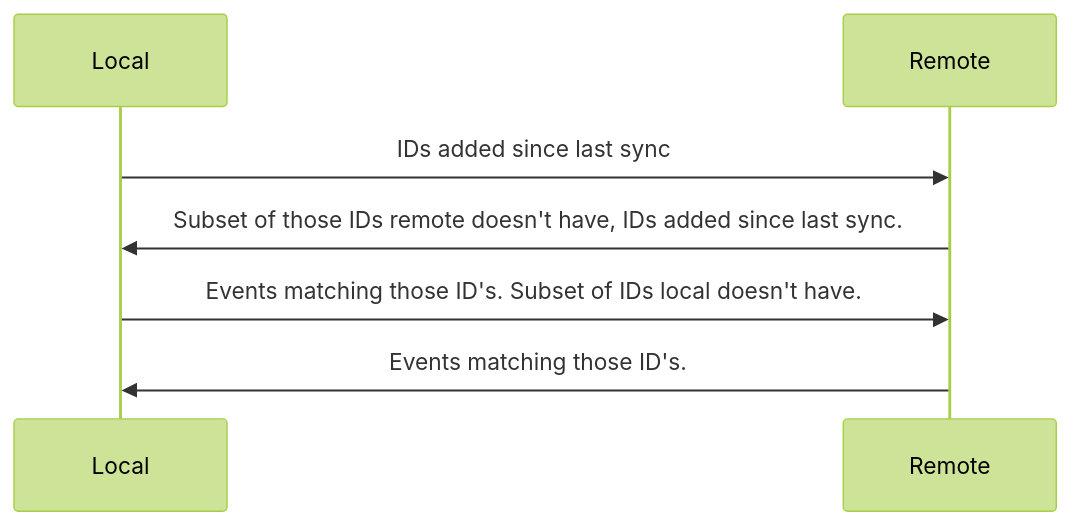
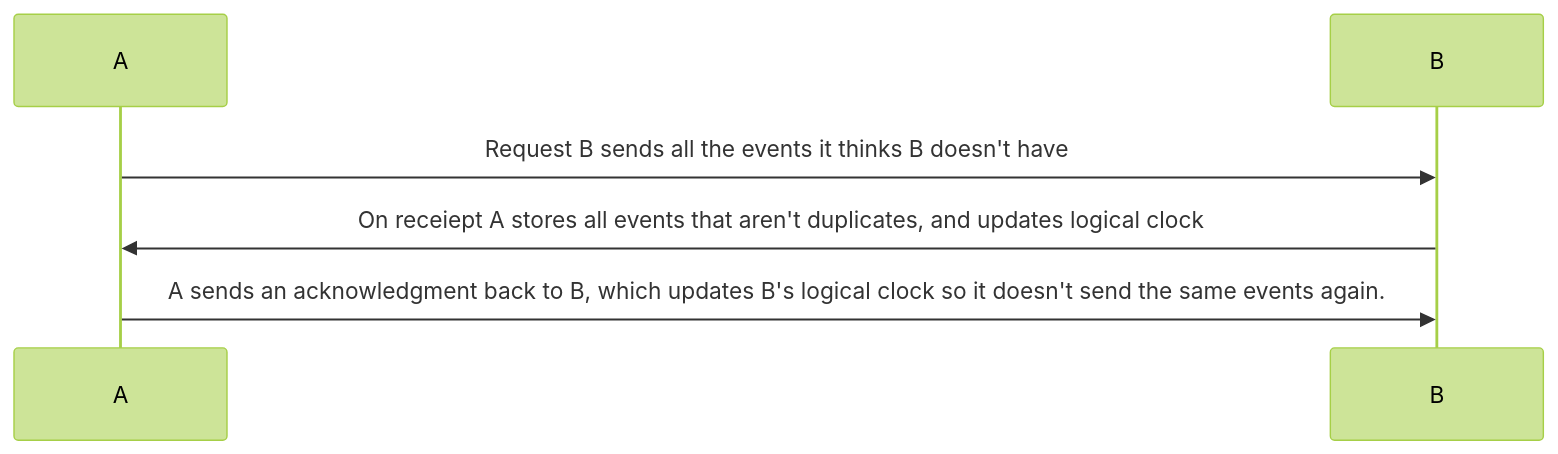
One commit to LAC-Tech/laterbase changed the second of 2 diagrams in notes/technical.md. Above: the diagram before and after it, drawn with Mermaid (forest theme). The commit also changed other lines of this file and 1 other file, not shown here.

````diff
--- a/notes/technical.md
+++ b/notes/technical.md
@@ -66,9 +61,8 @@
 ```mermaid
 sequenceDiagram
-    participant Local
-    participant Remote
-    Local->>Remote: IDs added since last sync
-    Remote->>Local: Subset of those IDs remote doesn't have, IDs added since last sync.
-    Local->>Remote: Events matching those ID's. Subset of IDs local doesn't have.
-    Remote->>Local: Events matching those ID's.
+    participant A
+    participant B
+    A->>B: Request B sends all the events it thinks B doesn't have
+    B->>A: On receiept A stores all events that aren't duplicates, and updates logical clock
+    A->>B: A sends an acknowledgment back to B, which updates B's logical clock so it doesn't send the same events again.
 ```
````
